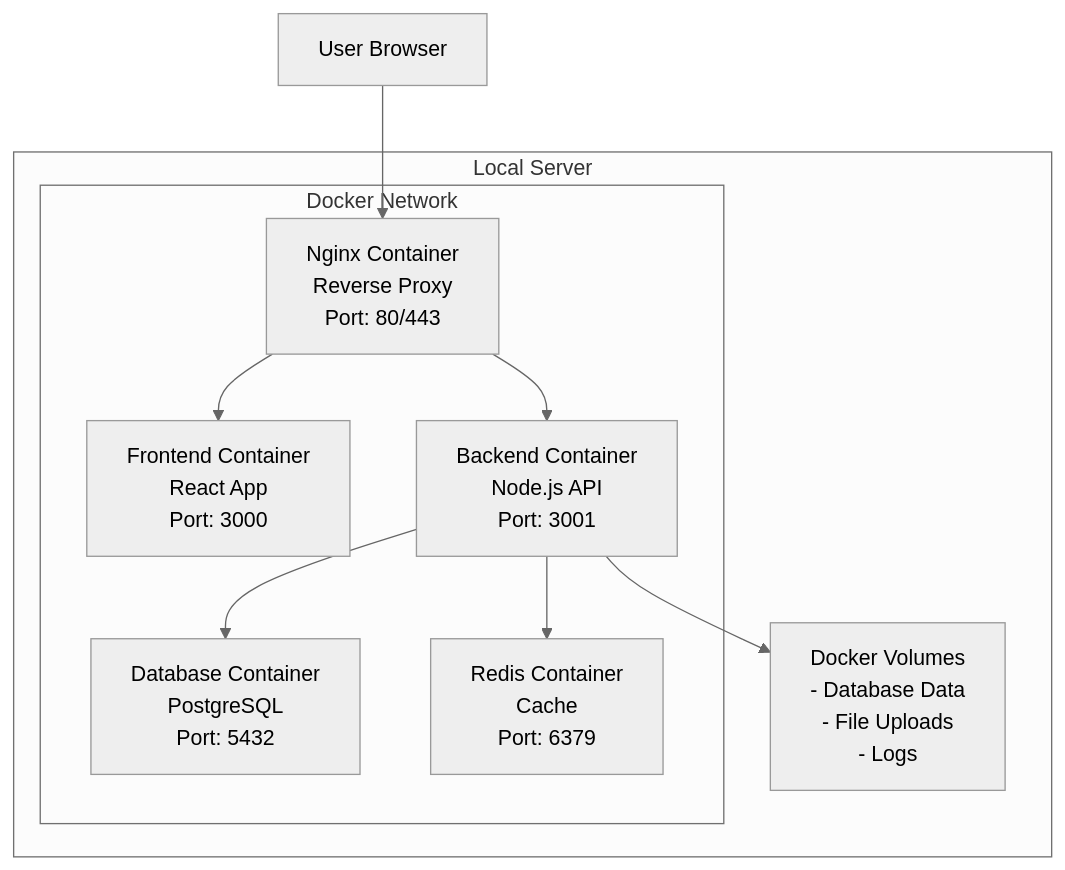
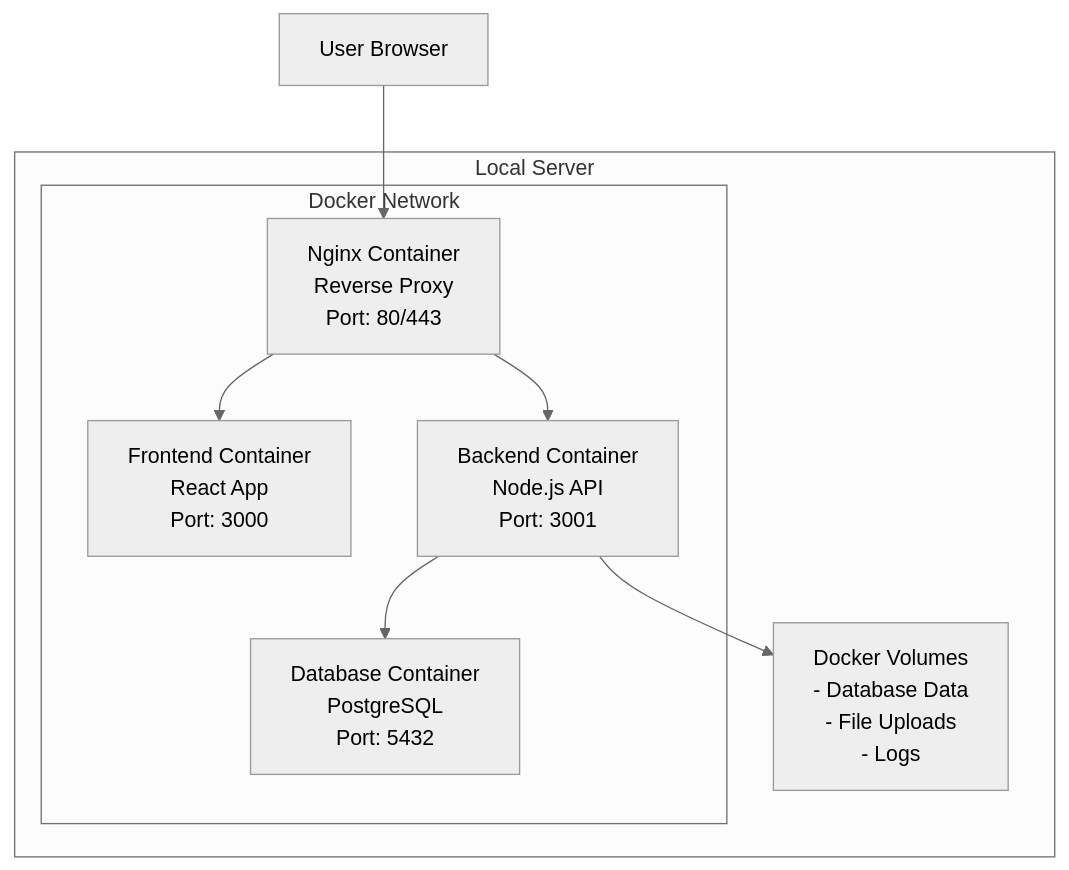
Before and after one commit to Ayoubl96/Spendly: the diagram in docs/deployment/README.md, drawn with Mermaid (neutral theme). The commit also changed other lines of this file and 16 other files, not shown here.

````diff
--- a/docs/deployment/README.md
+++ b/docs/deployment/README.md
@@ -19,20 +19,20 @@
 ```mermaid
 graph TB
     subgraph "Local Server"
         subgraph "Docker Network"
             FE[Frontend Container<br/>React App<br/>Port: 3000]
             BE[Backend Container<br/>Node.js API<br/>Port: 3001]
             DB[Database Container<br/>PostgreSQL<br/>Port: 5432]
-            REDIS[Redis Container<br/>Cache<br/>Port: 6379]
+
             NGINX[Nginx Container<br/>Reverse Proxy<br/>Port: 80/443]
         end
         VOL[Docker Volumes<br/>- Database Data<br/>- File Uploads<br/>- Logs]
     end
     
     USER[User Browser] --> NGINX
     NGINX --> FE
     NGINX --> BE
     BE --> DB
-    BE --> REDIS
+
     BE --> VOL
 ```
````
